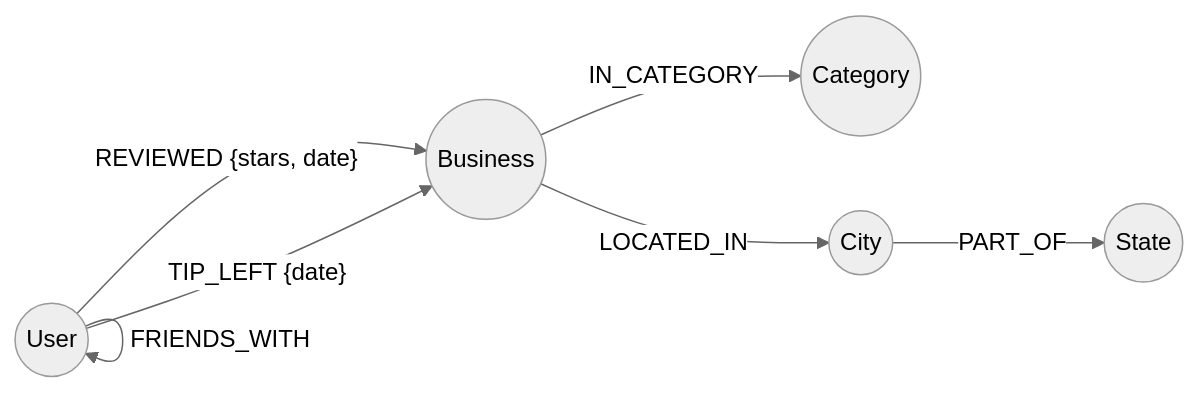
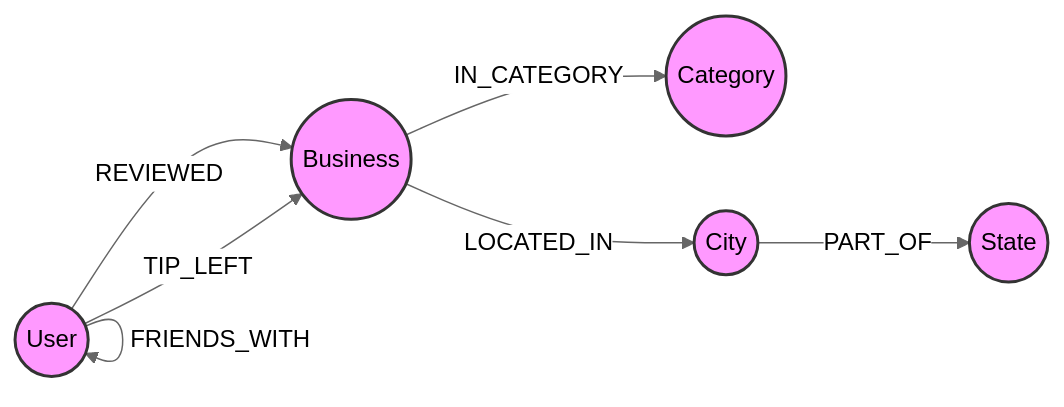
Before and after one commit to ironLegion88/yelp-polyglot-ml-pipeline: the third of 3 diagrams in docs/schema_design.md, drawn with Mermaid (neutral theme). The commit also changed other lines of this file, not shown here.

Commit message:
docs: complete schema design with exhaustive properties and final relationship mappings including temporal data

````diff
--- a/docs/schema_design.md
+++ b/docs/schema_design.md
@@ -120,15 +152,20 @@
 ```mermaid
 graph LR
     U((User))
     B((Business))
     C((Category))
     Ci((City))
     St((State))
 
     U -- "FRIENDS_WITH" --> U
-    U -- "REVIEWED {stars, date}" --> B
-    U -- "TIP_LEFT {date}" --> B
+    U -- "REVIEWED" --> B
+    U -- "TIP_LEFT" --> B
     B -- "IN_CATEGORY" --> C
     B -- "LOCATED_IN" --> Ci
     Ci -- "PART_OF" --> St
+
+    classDef node fill:#f9f,stroke:#333,stroke-width:2px;
+    classDef edge fill:none,stroke:#555,stroke-width:2px;
+    
+    class U,B,C,Ci,St node;
 ```
````
